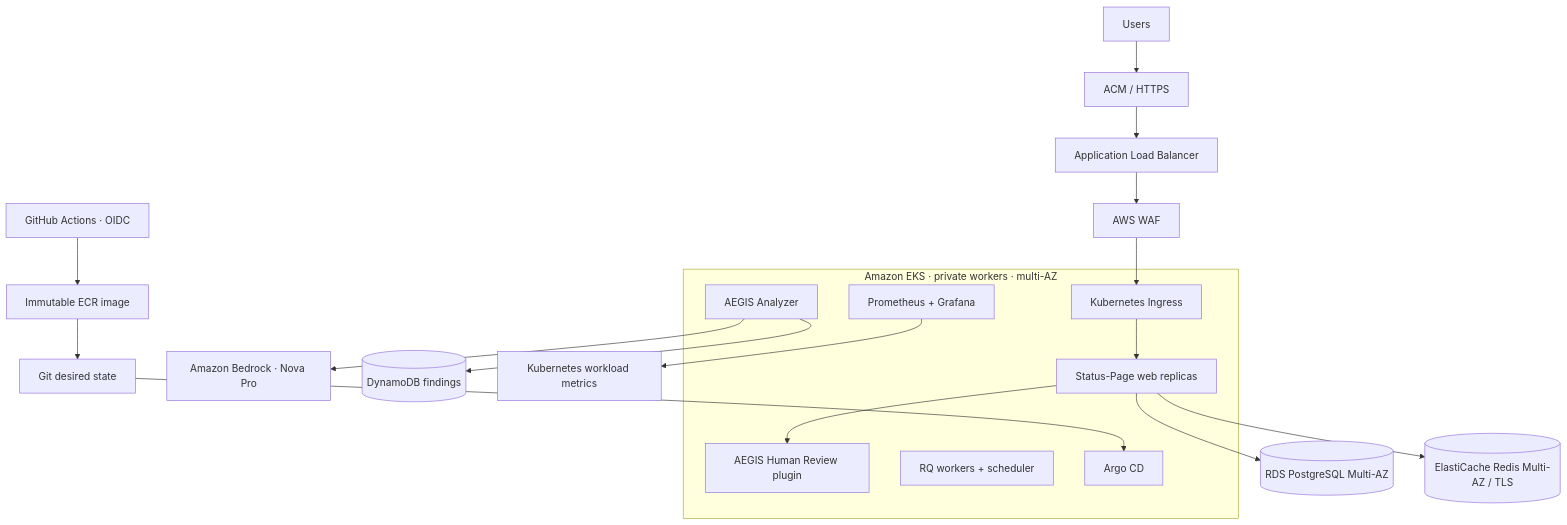
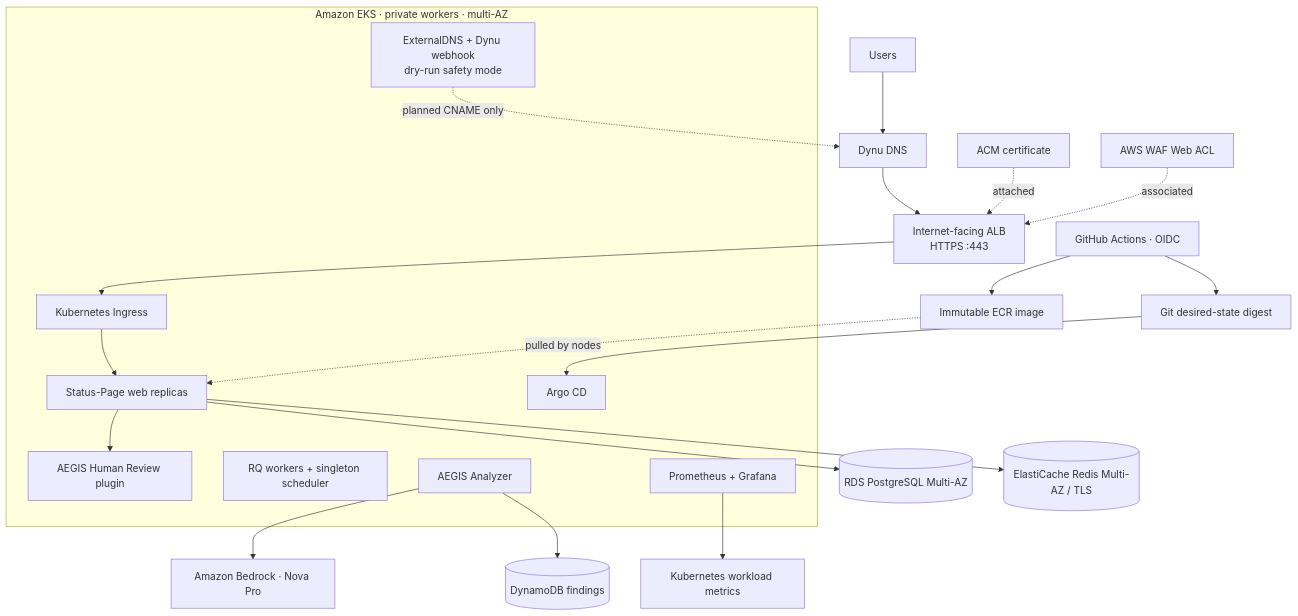
Before and after one commit to EthicalNayro/AEGIS: the second of 2 diagrams in README.md, drawn with Mermaid. The commit also changed other lines of this file, not shown here.

Commit message:
docs: polish final portfolio narrative and architecture

````diff
--- a/README.md
+++ b/README.md
@@ -96,26 +99,30 @@
 ```mermaid
 flowchart TB
-    U[Users] --> ACM[ACM / HTTPS]
-    ACM --> ALB[Application Load Balancer]
-    ALB --> WAF[AWS WAF]
-    WAF --> ING[Kubernetes Ingress]
+    U[Users] --> DNS[Dynu DNS]
+    DNS --> ALB[Internet-facing ALB<br/>HTTPS :443]
+    ACM[ACM certificate] -. attached .-> ALB
+    WAF[AWS WAF Web ACL] -. associated .-> ALB
+    ALB --> ING[Kubernetes Ingress]
 
     subgraph EKS[Amazon EKS · private workers · multi-AZ]
       ING --> WEB[Status-Page web replicas]
       WEB --> PLUGIN[AEGIS Human Review plugin]
-      RQ[RQ workers + scheduler]
+      RQ[RQ workers + singleton scheduler]
       ANALYZER[AEGIS Analyzer]
       OBS[Prometheus + Grafana]
       ARGO[Argo CD]
+      EXTDNS[ExternalDNS + Dynu webhook<br/>dry-run safety mode]
     end
 
     WEB --> RDS[(RDS PostgreSQL Multi-AZ)]
     WEB --> REDIS[(ElastiCache Redis Multi-AZ / TLS)]
     ANALYZER --> BEDROCK[Amazon Bedrock · Nova Pro]
     ANALYZER --> DDB[(DynamoDB findings)]
     OBS --> METRICS[Kubernetes workload metrics]
+    EXTDNS -. planned CNAME only .-> DNS
 
     GH[GitHub Actions · OIDC] --> ECR[Immutable ECR image]
-    ECR --> GIT[Git desired state]
+    GH --> GIT[Git desired-state digest]
     GIT --> ARGO
+    ECR -. pulled by nodes .-> WEB
 ```
````
